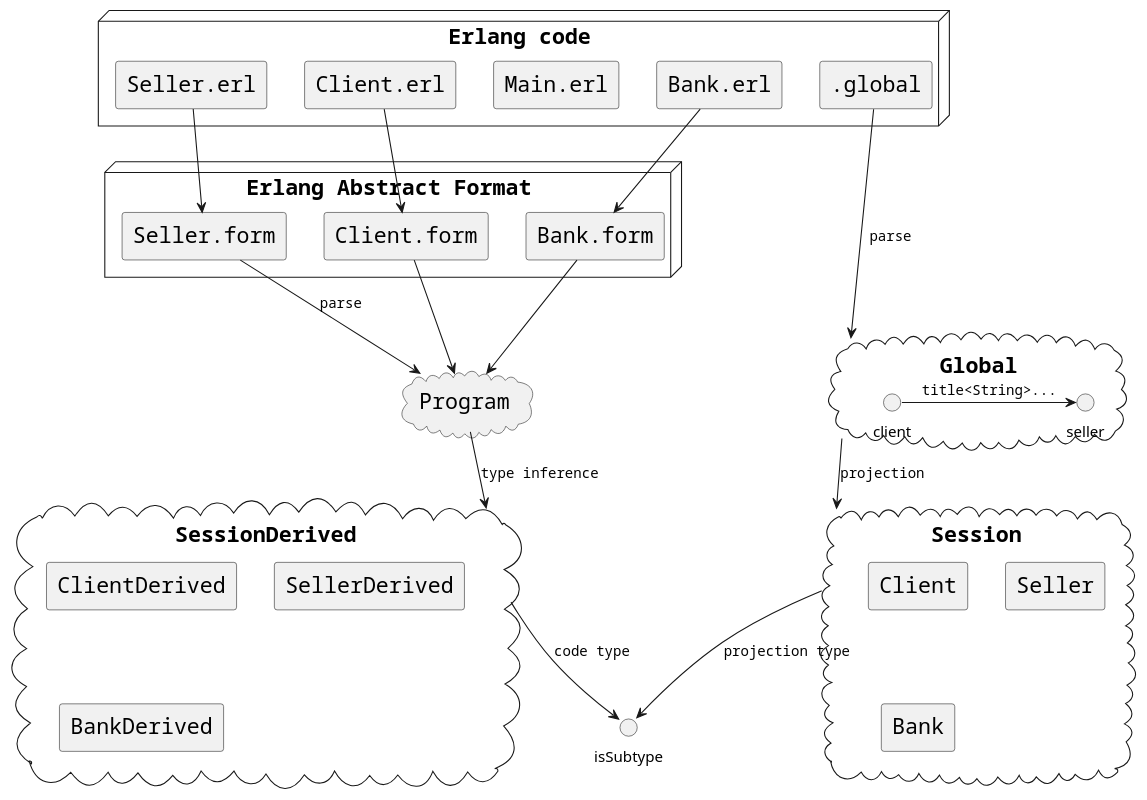
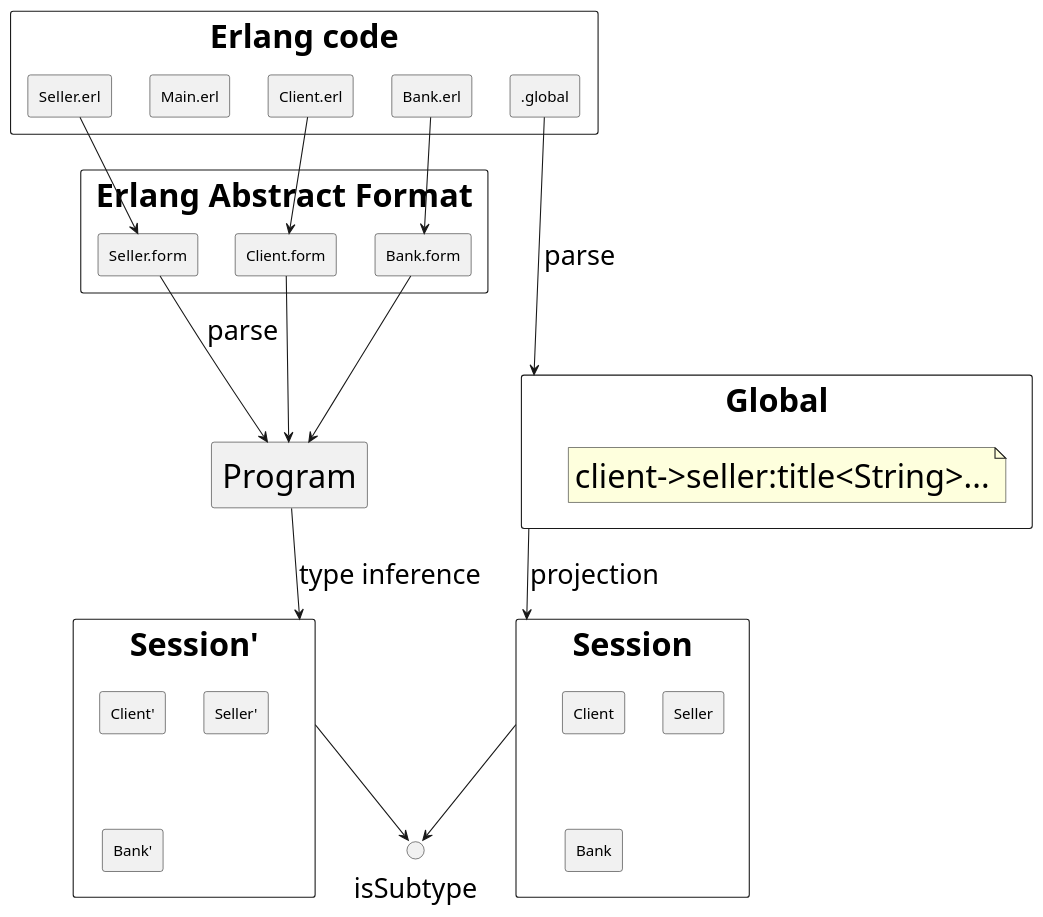
One commit to 20001327/sessiontypechecker changed the diagram in UML/aspects.puml. Above: the diagram before and after it, drawn with PlantUML. The commit also changed 1 other file, not shown here.

Commit message:
aspect uml

```diff
--- a/UML/aspects.puml
+++ b/UML/aspects.puml
@@ -1,70 +1,58 @@
 @startuml
 'https://plantuml.com/component-diagram
-skinparam classFontName Courier
 skinparam componentStyle rectangle
-skinparam componentFontName Courier
-skinparam rectangleFontName Courier
-skinparam circledCharacterFontName Courier
-skinparam arrowFontName Courier
-skinparam component {
-  FontSize 20
-  FontName Courier
-}
+skinparam rectangleFontSize 30
+skinparam noteFontSize 30
+skinparam arrowFontSize 25
+skinparam arrowFontSize 25
+skinparam interfaceFontSize 25
 
-skinparam cloud{
-  FontSize 20
-  FontName Courier
-}
-
-skinparam node{
-  FontSize 20
-  FontName Courier
-}
-
-node "Erlang code"{
+rectangle "Erlang code"{
     [Client.erl]
     [Seller.erl]
     [Main.erl]
     [Bank.erl]
     [.global]
 }
 
-node "Erlang Abstract Format"{
+rectangle "Erlang Abstract Format"{
     [Client.form]
     [Seller.form]
     [Bank.form]
 }
 
 [Bank.erl] --> [Bank.form]
 [Seller.erl] -> [Seller.form]
 [Client.erl] -> [Client.form]
 
-cloud "Program"
-cloud "Global"{
+rectangle "Program"
+rectangle "Global"{
+    note as G
     client->seller:title<String>...
+    end note
 }
 
 [Client.form] --> Program
-[Seller.form] --> Program:parse
-[Bank.form] --> Program
-[.global] --> Global:parse
+[Seller.form] -> Program:parse
+[Bank.form] -> Program
+[.global] -> Global:parse
 
-cloud "Session"{
-    [Client]
-    [Seller]
-    [Bank]
+rectangle "Session"{
+[Client]
+[Seller]
+[Bank]
 }
 
-cloud "SessionDerived"{
-    [ClientDerived]
-    [SellerDerived]
-    [BankDerived]
+rectangle "Session'" as SessionDerived{
+[Client']
+[Seller']
+[Bank']
 }
 
 Global --> Session:projection
 Program --> SessionDerived:type inference
 
-Session --> isSubtype:projection type
-SessionDerived --> isSubtype:code type
+Session --> isSubtype
+SessionDerived --> isSubtype
 
 @enduml
```
